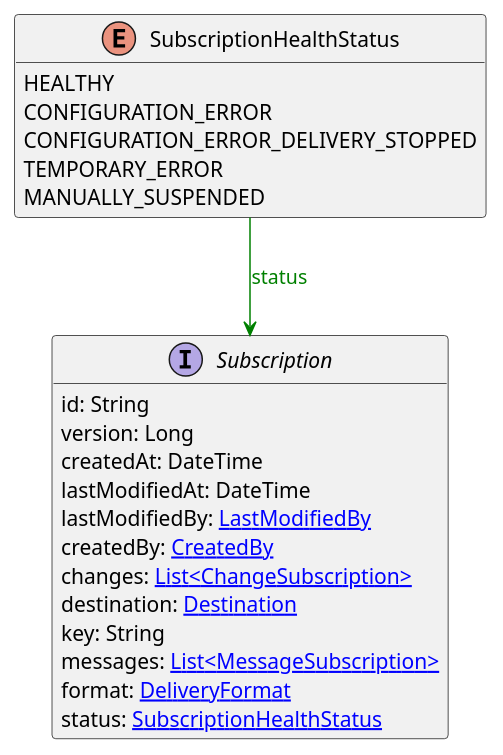
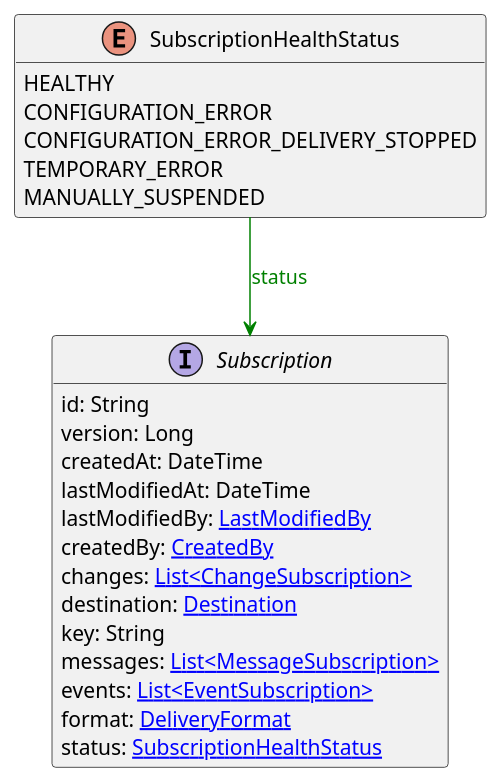
One commit to commercetools/commercetools-api-reference changed the diagram in uml/api/SubscriptionHealthStatus.puml. Above: the diagram before and after it, drawn with PlantUML. The commit also changed 74 other files, not shown here.

```diff
--- a/uml/api/SubscriptionHealthStatus.puml
+++ b/uml/api/SubscriptionHealthStatus.puml
@@ -1,26 +1,27 @@
 @startuml
 
 hide methods
 enum SubscriptionHealthStatus {
     HEALTHY
     CONFIGURATION_ERROR
     CONFIGURATION_ERROR_DELIVERY_STOPPED
     TEMPORARY_ERROR
     MANUALLY_SUSPENDED
 }
 interface Subscription [[Subscription.svg]]  {
     id: String
     version: Long
     createdAt: DateTime
     lastModifiedAt: DateTime
     lastModifiedBy: [[LastModifiedBy.svg LastModifiedBy]]
     createdBy: [[CreatedBy.svg CreatedBy]]
     changes: [[ChangeSubscription.svg List<ChangeSubscription>]]
     destination: [[Destination.svg Destination]]
     key: String
     messages: [[MessageSubscription.svg List<MessageSubscription>]]
+    events: [[EventSubscription.svg List<EventSubscription>]]
     format: [[DeliveryFormat.svg DeliveryFormat]]
     status: [[SubscriptionHealthStatus.svg SubscriptionHealthStatus]]
 }
 SubscriptionHealthStatus --> Subscription #green;text:green : "status"
 @enduml
```
